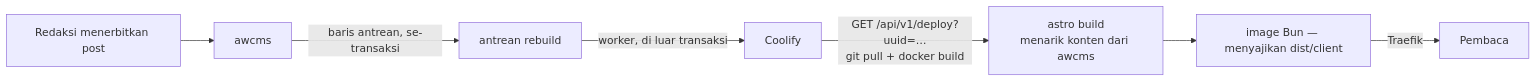
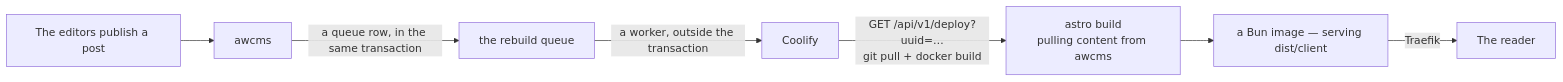
The diagram in docs/deploy-coolify.md (ahliweb/awcms-astro), drawn with Mermaid before and after one commit. The commit also changed other lines of this file and 26 other files, not shown here.

````diff
--- a/docs/deploy-coolify.md
+++ b/docs/deploy-coolify.md
@@ -16,9 +18,9 @@
 ```mermaid
 flowchart LR
-  Redaksi["Redaksi menerbitkan post"] --> Awcms["awcms"]
-  Awcms -->|"baris antrean, se-transaksi"| Antrean["antrean rebuild"]
-  Antrean -->|"worker, di luar transaksi"| Coolify["Coolify"]
-  Coolify -->|"GET /api/v1/deploy?uuid=…<br/>git pull + docker build"| Build["astro build<br/>menarik konten dari awcms"]
-  Build --> Image["image Bun — menyajikan dist/client"]
-  Image -->|"Traefik"| Pembaca["Pembaca"]
+  Redaksi["The editors publish a post"] --> Awcms["awcms"]
+  Awcms -->|"a queue row, in the same transaction"| Antrean["the rebuild queue"]
+  Antrean -->|"a worker, outside the transaction"| Coolify["Coolify"]
+  Coolify -->|"GET /api/v1/deploy?uuid=…<br/>git pull + docker build"| Build["astro build<br/>pulling content from awcms"]
+  Build --> Image["a Bun image — serving dist/client"]
+  Image -->|"Traefik"| Pembaca["The reader"]
 ```
````
